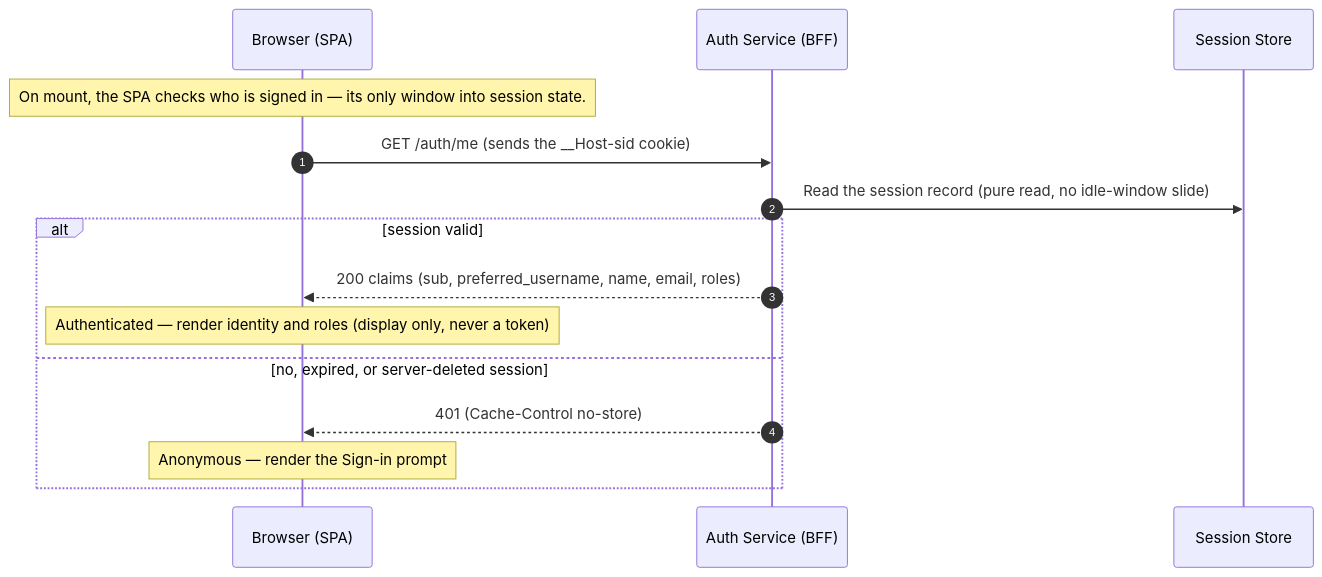
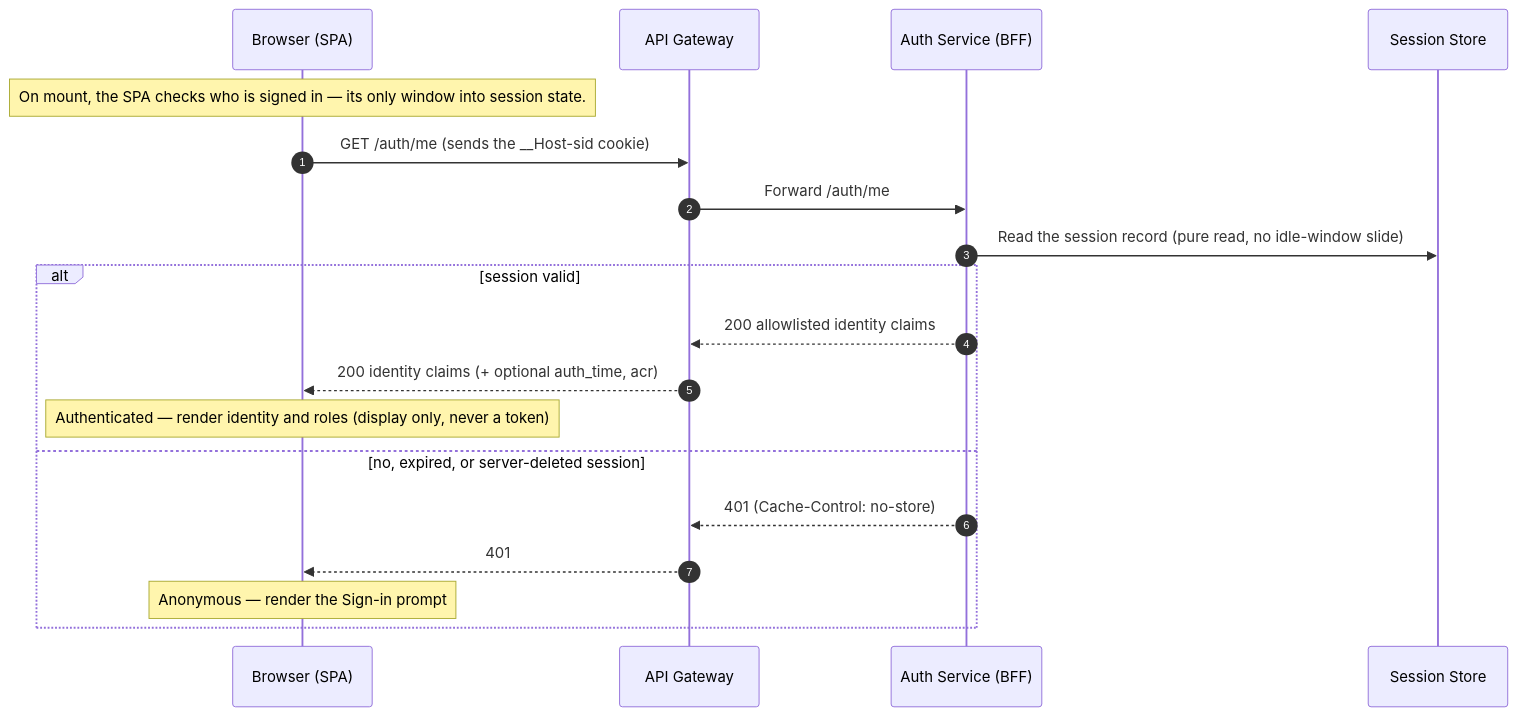
One commit to ajaygodbole7/oidc-reference changed the third of 6 diagrams in README.md. Above: the diagram before and after it, drawn with Mermaid. The commit also changed other lines of this file, not shown here.

Commit message:
docs: align README diagrams with implemented flows

````diff
--- a/README.md
+++ b/README.md
@@ -113,18 +122,22 @@
 ```mermaid
 sequenceDiagram
     autonumber
     participant B as Browser (SPA)
+    participant G as API Gateway
     participant A as Auth Service (BFF)
     participant V as Session Store
 
     Note over B: On mount, the SPA checks who is signed in — its only window into session state.
-    B->>A: GET /auth/me (sends the __Host-sid cookie)
+    B->>G: GET /auth/me (sends the __Host-sid cookie)
+    G->>A: Forward /auth/me
     A->>V: Read the session record (pure read, no idle-window slide)
     alt session valid
-        A-->>B: 200 claims (sub, preferred_username, name, email, roles)
+        A-->>G: 200 allowlisted identity claims
+        G-->>B: 200 identity claims (+ optional auth_time, acr)
         Note over B: Authenticated — render identity and roles (display only, never a token)
     else no, expired, or server-deleted session
-        A-->>B: 401 (Cache-Control no-store)
+        A-->>G: 401 (Cache-Control: no-store)
+        G-->>B: 401
         Note over B: Anonymous — render the Sign-in prompt
     end
 ```
````
